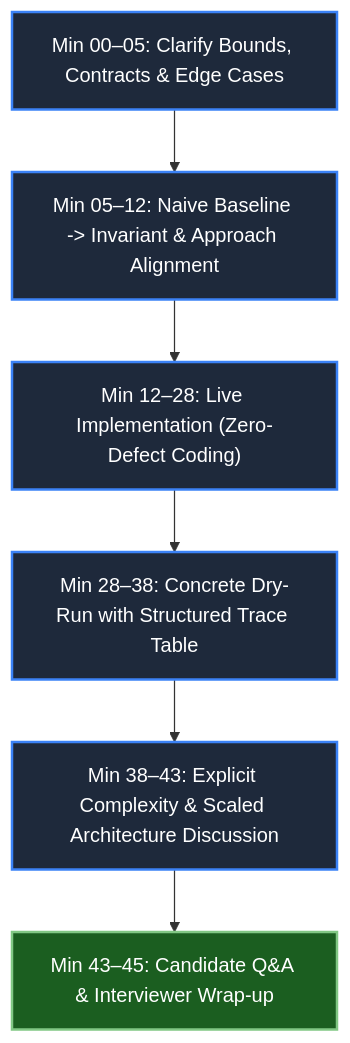
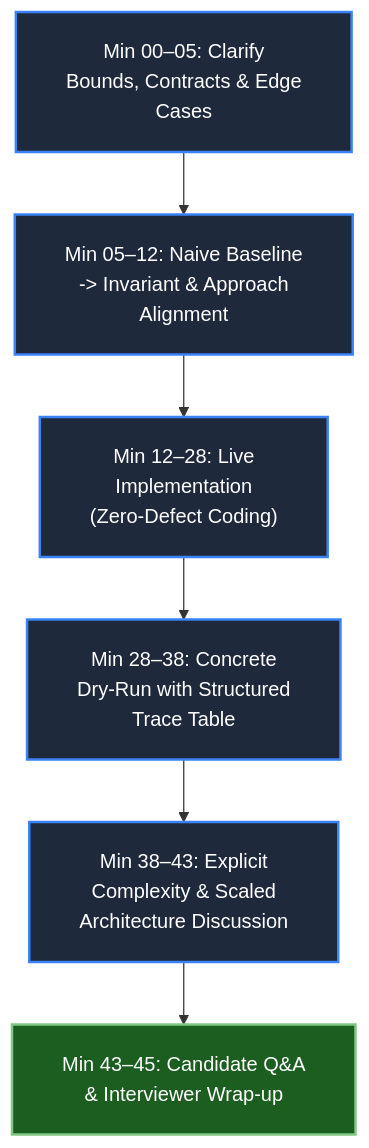
The second of 2 diagrams in learning_tracking/Mock_Interview_Log.md (dip4k/DSA_102), drawn with Mermaid before and after one commit. The commit also changed other lines of this file and 108 other files, not shown here.

First line of the commit message:
fix(mermaid): resolve diagram clipping, padding, and syntax issues across repo

````diff
--- a/learning_tracking/Mock_Interview_Log.md
+++ b/learning_tracking/Mock_Interview_Log.md
@@ -41,14 +42,15 @@
 ```mermaid
+%%{init: {"flowchart": {"htmlLabels": true, "padding": 20}}}%%
 flowchart TD
     classDef phase fill:#1e293b,stroke:#3b82f6,stroke-width:2px,color:#ffffff
     classDef milestone fill:#1b5e20,stroke:#81c784,stroke-width:2px,color:#ffffff
 
-    M0["Min 00–05: Clarify Bounds, Contracts & Edge Cases"]:::phase
-    M1["Min 05–12: Naive Baseline -> Invariant & Approach Alignment"]:::phase
-    M2["Min 12–28: Live Implementation (Zero-Defect Coding)"]:::phase
-    M3["Min 28–38: Concrete Dry-Run with Structured Trace Table"]:::phase
-    M4["Min 38–43: Explicit Complexity & Scaled Architecture Discussion"]:::phase
-    M5["Min 43–45: Candidate Q&A & Interviewer Wrap-up"]:::milestone
+    M0["Min 00–05: Clarify<br/>Bounds, Contracts & Edge<br/>Cases"]:::phase
+    M1["Min 05–12: Naive Baseline<br/>-> Invariant & Approach<br/>Alignment"]:::phase
+    M2["Min 12–28: Live<br/>Implementation<br/>(Zero-Defect Coding)"]:::phase
+    M3["Min 28–38: Concrete<br/>Dry-Run with Structured<br/>Trace Table"]:::phase
+    M4["Min 38–43: Explicit<br/>Complexity & Scaled<br/>Architecture Discussion"]:::phase
+    M5["Min 43–45: Candidate Q&A<br/>& Interviewer Wrap-up"]:::milestone
 
     M0 --> M1 --> M2 --> M3 --> M4 --> M5
 ```
````
